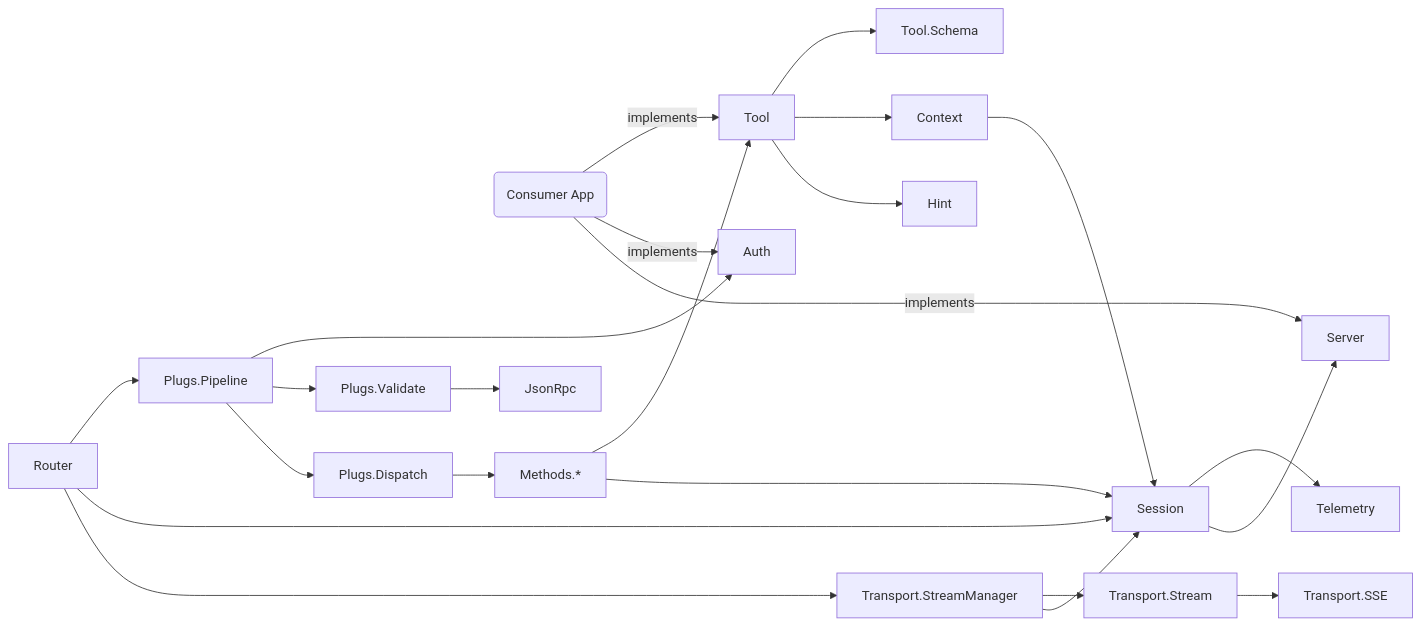
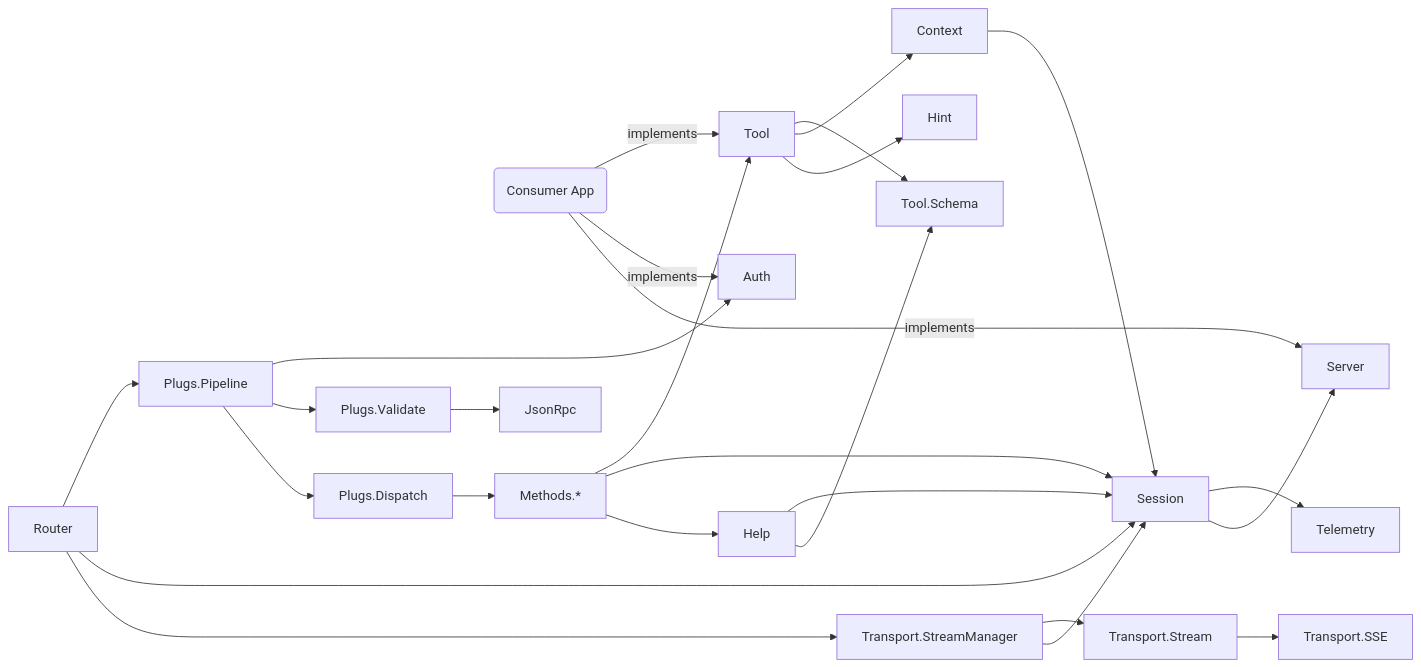
Before and after one commit to kristiangronberg/wymcp: the diagram in README.md, drawn with Mermaid. The commit also changed other lines of this file and 21 other files, not shown here.

````diff
--- a/README.md
+++ b/README.md
@@ -256,27 +228,30 @@
 ```mermaid
 flowchart LR
     CA(Consumer App) -->|implements| Tool
     CA -->|implements| Auth
     CA -->|implements| Server
 
     Router --> Pipeline["Plugs.Pipeline"]
     Pipeline --> Auth
     Pipeline --> Validate["Plugs.Validate"]
     Pipeline --> Dispatch["Plugs.Dispatch"]
     Dispatch --> Methods["Methods.*"]
     Methods --> Tool
     Methods --> Session
+    Methods --> Help
+    Help --> Session
+    Help --> Schema
     Tool --> Schema["Tool.Schema"]
     Tool --> Context
     Tool --> Hint
     Context --> Session
     Router --> Session
     Router --> StreamManager["Transport.StreamManager"]
     StreamManager --> Stream["Transport.Stream"]
     StreamManager --> Session
     Stream --> SSE["Transport.SSE"]
     Session --> Telemetry
     Session --> Server
 
     Validate --> JsonRpc
 ```
````
